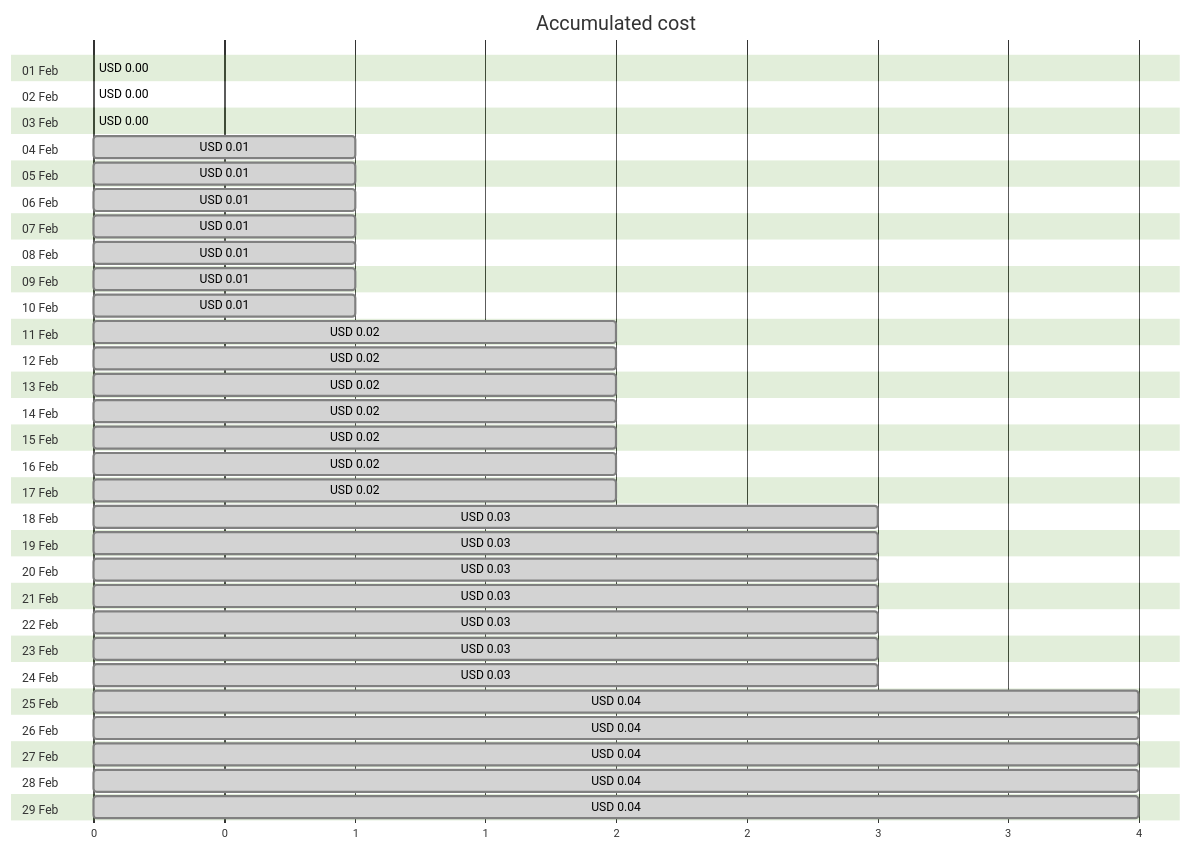
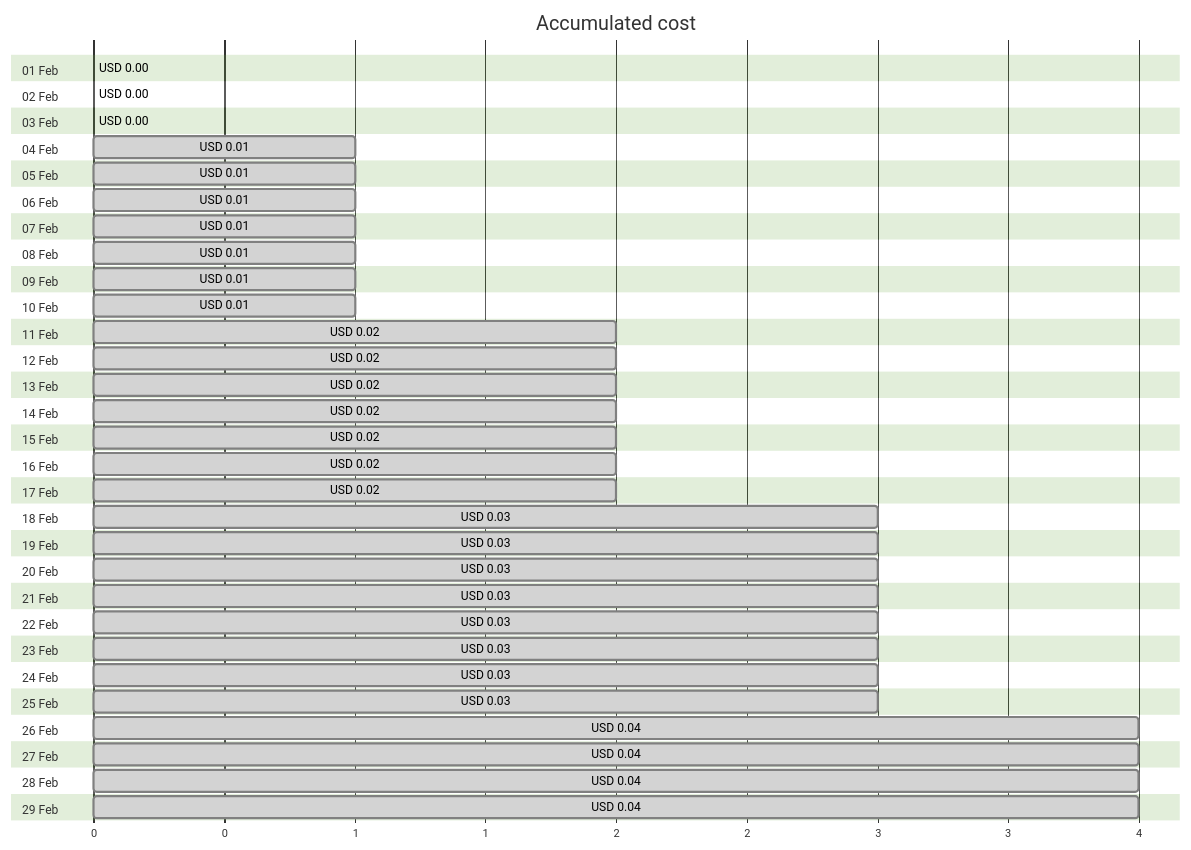
One commit to jpfulton/azure-personal-reports changed the first of 4 diagrams in cost-reports/personal-site/personalsiteapistorage.md. Above: the diagram before and after it, drawn with Mermaid (forest theme). The commit also changed other lines of this file and 6 other files, not shown here.

````diff
--- a/cost-reports/personal-site/personalsiteapistorage.md
+++ b/cost-reports/personal-site/personalsiteapistorage.md
@@ -20,64 +20,64 @@
 ```mermaid
 gantt
    title Accumulated cost
    dateFormat  X
    axisFormat %s
    section 01 Feb
    USD 0.00 :0, 0
    section 02 Feb
    USD 0.00 :0, 0
    section 03 Feb
-   USD 0.00 : done, 0, 0
+   USD 0.00 :0, 0
    section 04 Feb
    USD 0.01 : done, 0, 1
    section 05 Feb
    USD 0.01 : done, 0, 1
    section 06 Feb
    USD 0.01 : done, 0, 1
    section 07 Feb
    USD 0.01 : done, 0, 1
    section 08 Feb
    USD 0.01 : done, 0, 1
    section 09 Feb
    USD 0.01 : done, 0, 1
    section 10 Feb
    USD 0.01 : done, 0, 1
    section 11 Feb
    USD 0.02 : done, 0, 2
    section 12 Feb
    USD 0.02 : done, 0, 2
    section 13 Feb
    USD 0.02 : done, 0, 2
    section 14 Feb
    USD 0.02 : done, 0, 2
    section 15 Feb
    USD 0.02 : done, 0, 2
    section 16 Feb
    USD 0.02 : done, 0, 2
    section 17 Feb
    USD 0.02 : done, 0, 2
    section 18 Feb
    USD 0.03 : done, 0, 3
    section 19 Feb
    USD 0.03 : done, 0, 3
    section 20 Feb
    USD 0.03 : done, 0, 3
    section 21 Feb
    USD 0.03 : done, 0, 3
    section 22 Feb
    USD 0.03 : done, 0, 3
    section 23 Feb
    USD 0.03 : done, 0, 3
    section 24 Feb
    USD 0.03 : done, 0, 3
    section 25 Feb
-   USD 0.04 : done, 0, 4
+   USD 0.03 : done, 0, 3
    section 26 Feb
    USD 0.04 : done, 0, 4
    section 27 Feb
    USD 0.04 : done, 0, 4
    section 28 Feb
    USD 0.04 : done, 0, 4
    section 29 Feb
    USD 0.04 : done, 0, 4
 ```
````
